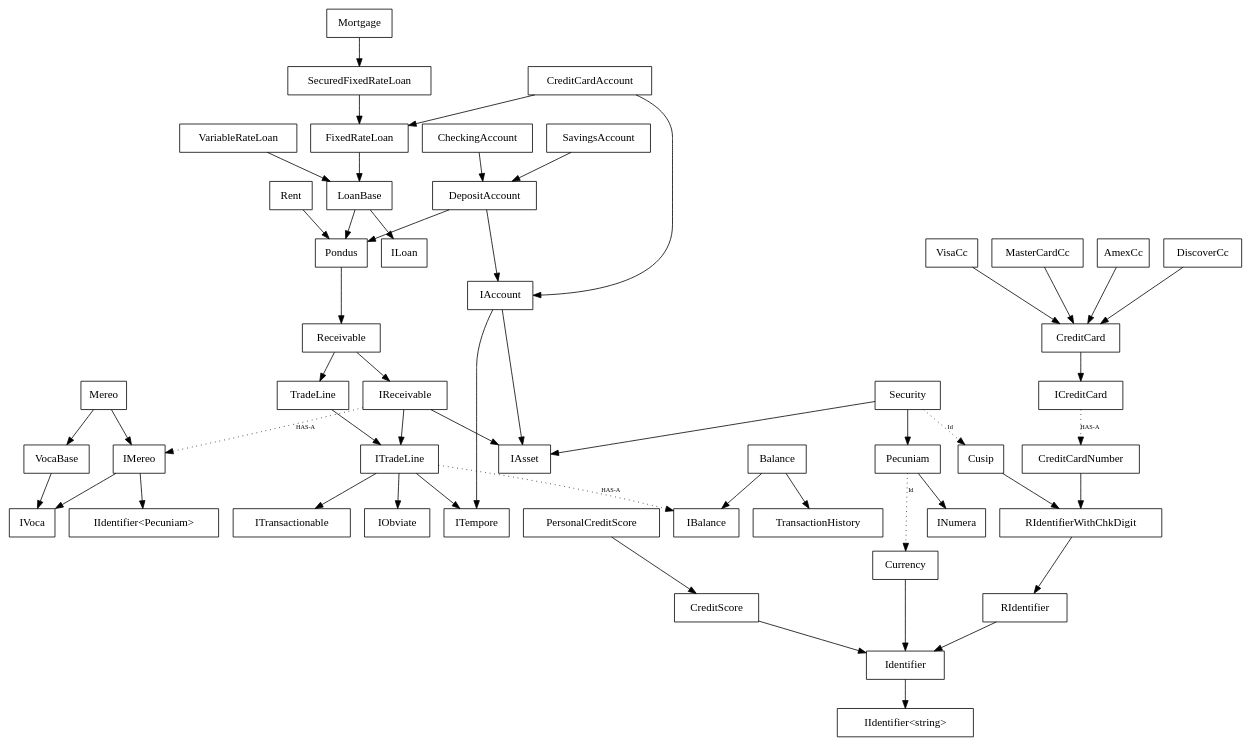
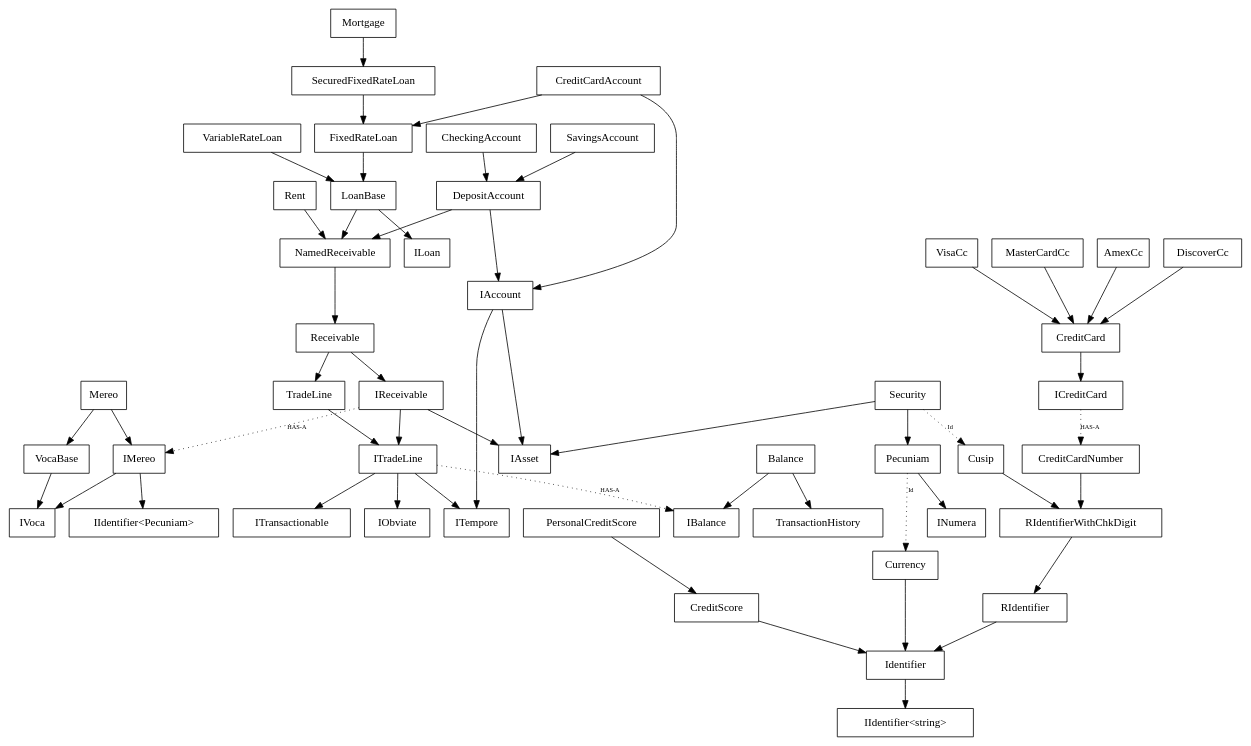
The diagram in trunk/Code/NoFuture/Rand/Sp/__ClassDiagram.gv (nofuture-git/31g), drawn with Graphviz before and after one commit. The commit also changed 3 other files, not shown here.

Commit message:
updated Rand.Sp class diagram

```diff
--- a/trunk/Code/NoFuture/Rand/Sp/__ClassDiagram.gv
+++ b/trunk/Code/NoFuture/Rand/Sp/__ClassDiagram.gv
@@ -1,59 +1,59 @@
 digraph noFutureRandDataSp {
     node [fontname=Consolas, shape=box]
     
     PecuniamIdentifier [label="IIdentifier<Pecuniam>"]
     StringId [label="IIdentifier<string>"]
     
     Mortgage -> SecuredFixedRateLoan
     SecuredFixedRateLoan -> FixedRateLoan
     CreditCardAccount -> FixedRateLoan
     CreditCardAccount -> IAccount
     FixedRateLoan -> LoanBase
-    LoanBase -> Pondus
-    Rent -> Pondus
+    LoanBase -> NamedReceivable
+    Rent -> NamedReceivable
     CheckingAccount -> DepositAccount
     SavingsAccount -> DepositAccount
-    DepositAccount -> Pondus
+    DepositAccount -> NamedReceivable
     DepositAccount -> IAccount
     Receivable -> IReceivable
     Receivable -> TradeLine
     IReceivable -> ITradeLine
     IReceivable -> IAsset
     IReceivable -> IMereo [style="dotted", label="HAS-A",fontname=Consolas, fontsize=8]
     Mereo -> VocaBase
     Mereo -> IMereo
     IMereo -> IVoca
     VocaBase -> IVoca
     IMereo -> PecuniamIdentifier
     LoanBase -> ILoan
     TradeLine -> ITradeLine
     ITradeLine -> ITempore
     ITradeLine -> ITransactionable
     ITradeLine -> IObviate
     IAccount -> IAsset
     IAccount -> ITempore
-    Pondus -> Receivable
+    NamedReceivable -> Receivable
     ITradeLine -> IBalance [style="dotted" label="HAS-A",fontname=Consolas, fontsize=8]
     Balance -> IBalance
     Balance -> TransactionHistory
     VariableRateLoan -> LoanBase
     Security -> IAsset
     Security -> Pecuniam
     Security -> Cusip [style="dotted", label="Id",fontname=Consolas, fontsize=8]
     Cusip -> RIdentifierWithChkDigit
     RIdentifierWithChkDigit -> RIdentifier
     RIdentifier -> Identifier
     Pecuniam -> Currency [style="dotted", label="Id",fontname=Consolas, fontsize=8]
     Currency -> Identifier
     Pecuniam -> INumera
     CreditScore -> Identifier
     PersonalCreditScore -> CreditScore
     CreditCardNumber -> RIdentifierWithChkDigit
     VisaCc -> CreditCard
     MasterCardCc -> CreditCard
     AmexCc -> CreditCard
     DiscoverCc -> CreditCard
     CreditCard -> ICreditCard
     ICreditCard -> CreditCardNumber [style="dotted" label="HAS-A",fontname=Consolas, fontsize=8]
     Identifier -> StringId
 }
```
